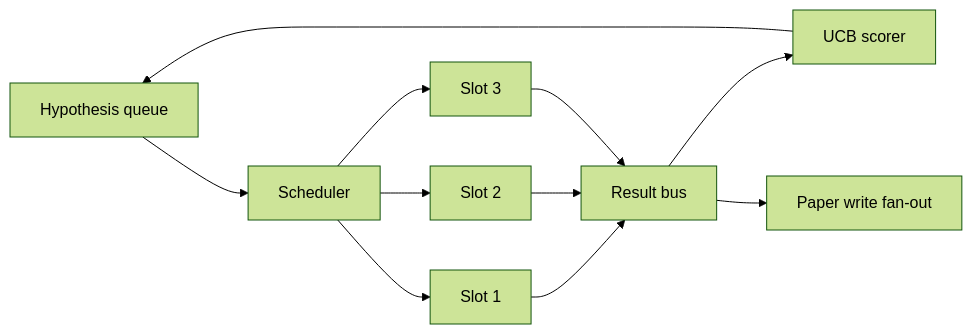
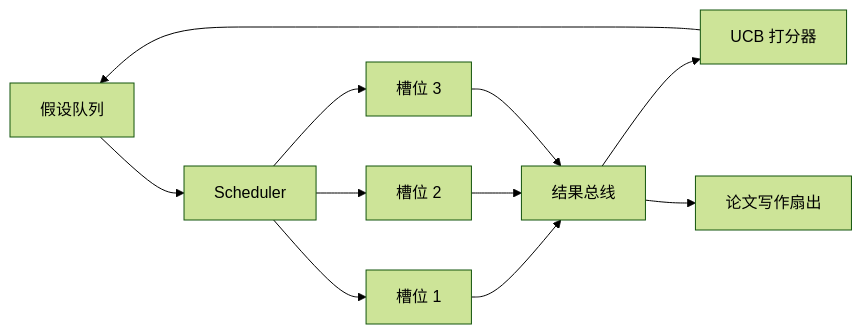
One commit to JerryC8080/ai-engineering-from-scratch-zh changed the first of 3 diagrams in phases/19-capstone-projects/56-iteration-scheduler/docs/zh.md. Above: the diagram before and after it, drawn with Mermaid (forest theme). The commit also changed other lines of this file and 156 other files, not shown here.

First line of the commit message:
i18n(zh): translate mermaid diagram labels in 157 lesson zh.md

````diff
--- a/phases/19-capstone-projects/56-iteration-scheduler/docs/zh.md
+++ b/phases/19-capstone-projects/56-iteration-scheduler/docs/zh.md
@@ -28,13 +28,13 @@
 ```mermaid
 flowchart LR
-    Queue[Hypothesis queue] --> Sched[Scheduler]
-    Sched --> Slot1[Slot 1]
-    Sched --> Slot2[Slot 2]
-    Sched --> Slot3[Slot 3]
-    Slot1 --> Bus[Result bus]
+    Queue[假设队列] --> Sched[Scheduler]
+    Sched --> Slot1[槽位 1]
+    Sched --> Slot2[槽位 2]
+    Sched --> Slot3[槽位 3]
+    Slot1 --> Bus[结果总线]
     Slot2 --> Bus
     Slot3 --> Bus
-    Bus --> Score[UCB scorer]
+    Bus --> Score[UCB 打分器]
     Score --> Queue
-    Bus --> Paper[Paper write fan-out]
+    Bus --> Paper[论文写作扇出]
 ```
````
